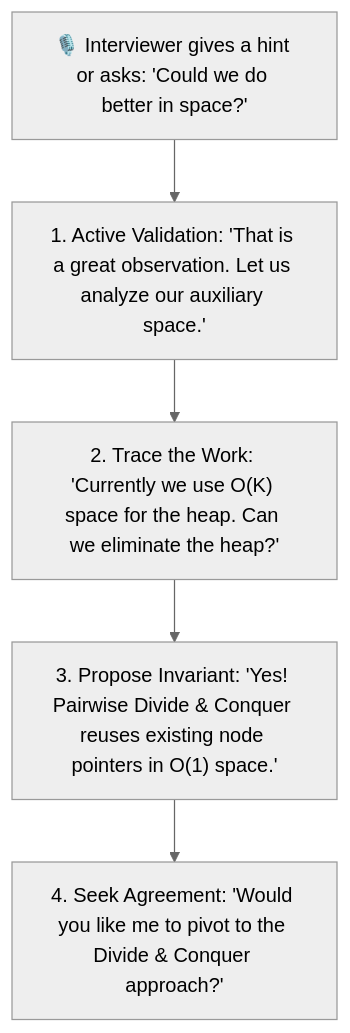
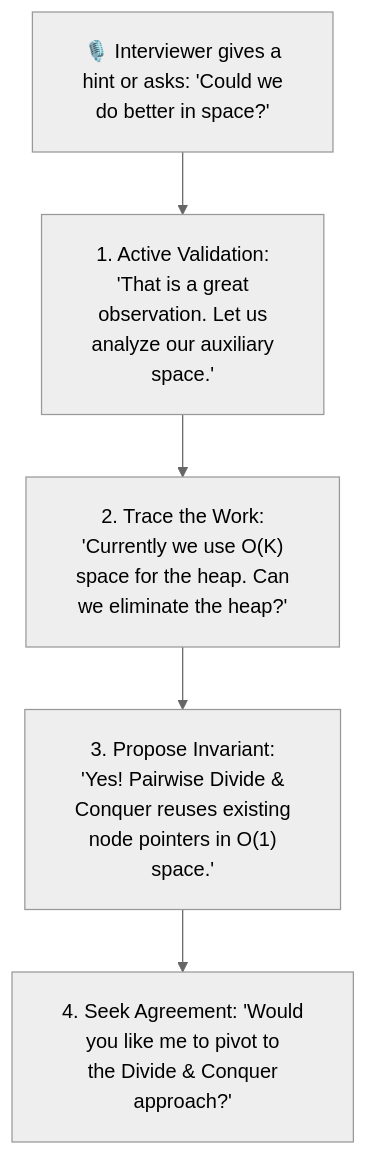
Before and after one commit to dip4k/DSA_102: the diagram in week_19_mock_interviews_mastery/Week_19_Day_06_Interview_Tips_And_Final_Drills_Instructional.md, drawn with Mermaid (neutral theme). The commit also changed 108 other files, not shown here.

First line of the commit message:
fix(mermaid): resolve diagram clipping, padding, and syntax issues across repo

````diff
--- a/week_19_mock_interviews_mastery/Week_19_Day_06_Interview_Tips_And_Final_Drills_Instructional.md
+++ b/week_19_mock_interviews_mastery/Week_19_Day_06_Interview_Tips_And_Final_Drills_Instructional.md
@@ -51,10 +51,11 @@
 ```mermaid
+%%{init: {"flowchart": {"htmlLabels": true, "padding": 20}}}%%
 flowchart TD
-    InterviewerCue["🎙️ Interviewer gives a hint or asks: 'Could we do better in space?'"]
-    Acknowledge["1. Active Validation: 'That is a great observation. Let us analyze our auxiliary space.'"]
-    Deconstruct["2. Trace the Work: 'Currently we use O(K) space for the heap. Can we eliminate the heap?'"]
-    Synthesize["3. Propose Invariant: 'Yes! Pairwise Divide & Conquer reuses existing node pointers in O(1) space.'"]
-    Confirm["4. Seek Agreement: 'Would you like me to pivot to the Divide & Conquer approach?'"]
+    InterviewerCue["🎙️ Interviewer gives a<br/>hint or asks: 'Could we<br/>do better in space?'"]
+    Acknowledge["1. Active Validation:<br/>'That is a great<br/>observation. Let us<br/>analyze our auxiliary<br/>space.'"]
+    Deconstruct["2. Trace the Work:<br/>'Currently we use O(K)<br/>space for the heap. Can<br/>we eliminate the heap?'"]
+    Synthesize["3. Propose Invariant:<br/>'Yes! Pairwise Divide &<br/>Conquer reuses existing<br/>node pointers in O(1)<br/>space.'"]
+    Confirm["4. Seek Agreement: 'Would<br/>you like me to pivot to<br/>the Divide & Conquer<br/>approach?'"]
 
     InterviewerCue --> Acknowledge --> Deconstruct --> Synthesize --> Confirm
 ```
````
